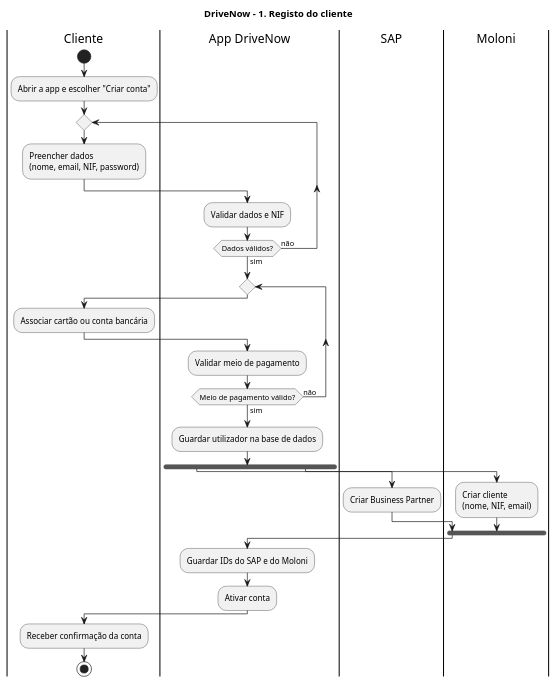
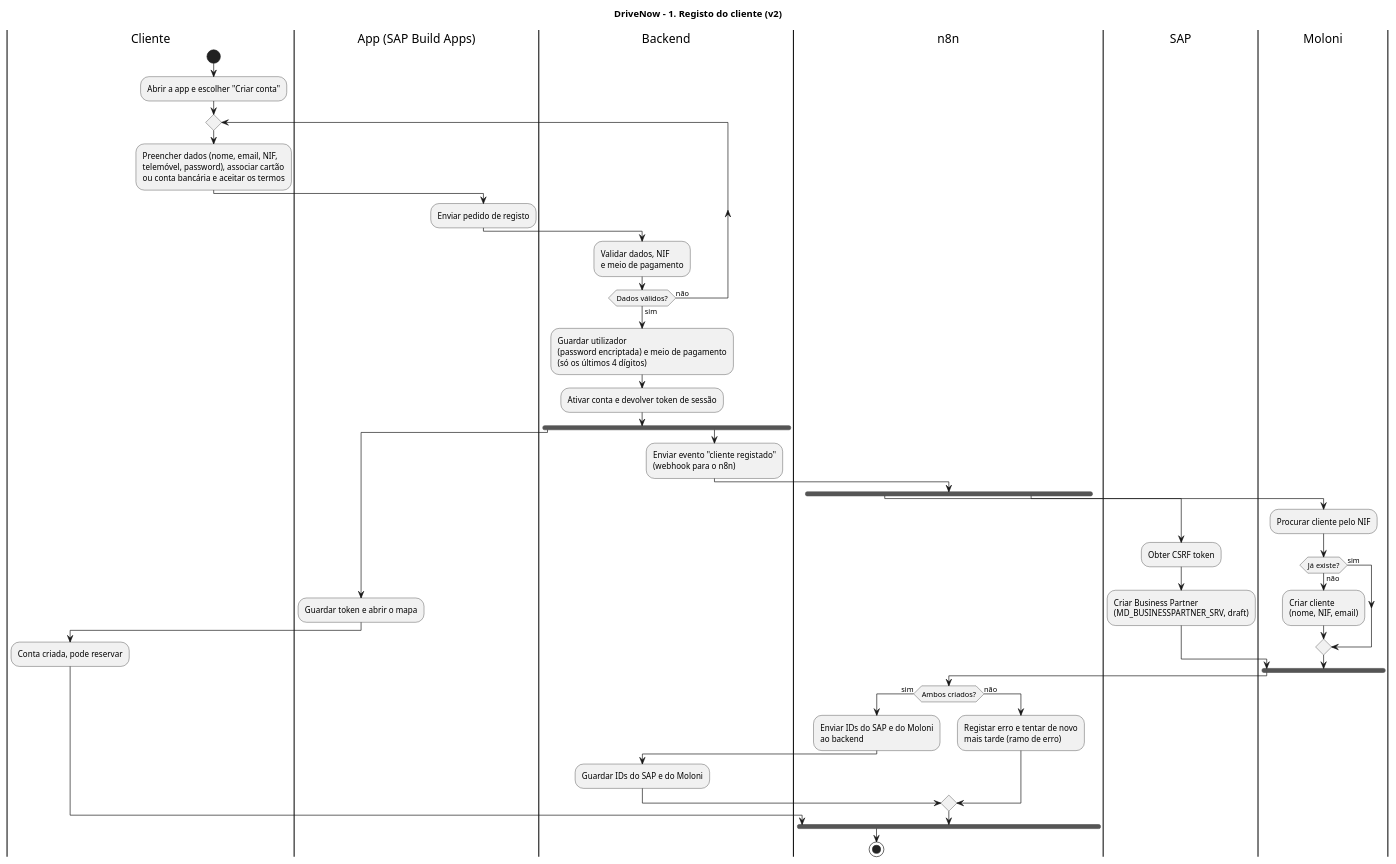
The diagram in doc/Diagramas/1-registo_cliente.puml (MATPERDU94/DriveNow), drawn with PlantUML before and after one commit. The commit also changed 42 other files, not shown here.

Commit message:
Atualização geral: diagramas v2, coleção Postman, perguntas ao docente, backend e dados

```diff
--- a/doc/Diagramas/1-registo_cliente.puml
+++ b/doc/Diagramas/1-registo_cliente.puml
@@ -1,46 +1,62 @@
 @startuml 1 - Registo do Cliente
-title DriveNow - 1. Registo do cliente
+title DriveNow - 1. Registo do cliente (v2)
 
 |Cliente|
-|App DriveNow|
+|App (SAP Build Apps)|
+|Backend|
+|n8n|
 |SAP|
 |Moloni|
 
 |Cliente|
 start
 :Abrir a app e escolher "Criar conta";
 
 repeat
   |Cliente|
-  :Preencher dados\n(nome, email, NIF, password);
-  |App DriveNow|
-  :Validar dados e NIF;
+  :Preencher dados (nome, email, NIF,\ntelemóvel, password), associar cartão\nou conta bancária e aceitar os termos;
+  |App (SAP Build Apps)|
+  :Enviar pedido de registo;
+  |Backend|
+  :Validar dados, NIF\ne meio de pagamento;
 repeat while (Dados válidos?) is (não) not (sim)
 
-repeat
-  |Cliente|
-  :Associar cartão ou conta bancária;
-  |App DriveNow|
-  :Validar meio de pagamento;
-repeat while (Meio de pagamento válido?) is (não) not (sim)
-
-|App DriveNow|
-:Guardar utilizador na base de dados;
+|Backend|
+:Guardar utilizador\n(password encriptada) e meio de pagamento\n(só os últimos 4 dígitos);
+:Ativar conta e devolver token de sessão;
 
 fork
-  |SAP|
-  :Criar Business Partner;
+  |App (SAP Build Apps)|
+  :Guardar token e abrir o mapa;
+  |Cliente|
+  :Conta criada, pode reservar;
 fork again
-  |Moloni|
-  :Criar cliente\n(nome, NIF, email);
+  |Backend|
+  :Enviar evento "cliente registado"\n(webhook para o n8n);
+  |n8n|
+  fork
+    |SAP|
+    :Obter CSRF token;
+    :Criar Business Partner\n(MD_BUSINESSPARTNER_SRV, draft);
+  fork again
+    |Moloni|
+    :Procurar cliente pelo NIF;
+    if (Já existe?) then (não)
+      :Criar cliente\n(nome, NIF, email);
+    else (sim)
+    endif
+  end fork
+  |n8n|
+  if (Ambos criados?) then (sim)
+    :Enviar IDs do SAP e do Moloni\nao backend;
+    |Backend|
+    :Guardar IDs do SAP e do Moloni;
+  else (não)
+    |n8n|
+    :Registar erro e tentar de novo\nmais tarde (ramo de erro);
+  endif
 end fork
 
-|App DriveNow|
-:Guardar IDs do SAP e do Moloni;
-:Ativar conta;
-
-|Cliente|
-:Receber confirmação da conta;
 stop
 
 @enduml
```
